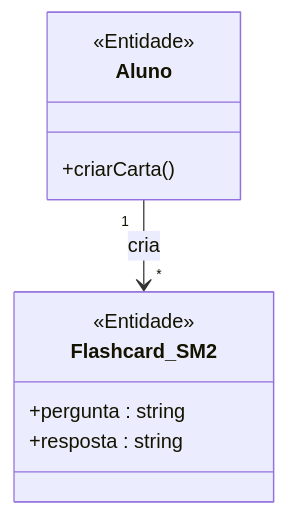
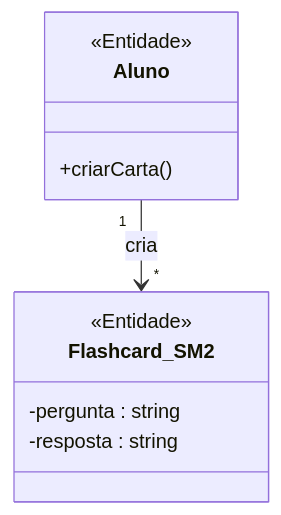
Before and after one commit to MayconDIS/PIM_III-Documentacao_UML: the first of 2 diagrams in 02_Modelagem_UML_Astah/UC10_Criar_Flashcards/README.md, drawn with Mermaid. The commit also changed other lines of this file and 14 other files, not shown here.

Commit message:
docs(casos-uso): injeta fluxos normais e alternativos nos READMEs e atualiza mermaid

````diff
--- a/02_Modelagem_UML_Astah/UC10_Criar_Flashcards/README.md
+++ b/02_Modelagem_UML_Astah/UC10_Criar_Flashcards/README.md
@@ -51,13 +55,13 @@
 ```mermaid
 classDiagram
     class Aluno {
         <<Entidade>>
         +criarCarta()
     }
     class Flashcard_SM2 {
         <<Entidade>>
-        +pergunta : string
-        +resposta : string
+        -pergunta : string
+        -resposta : string
     }
     Aluno "1" --> "*" Flashcard_SM2 : cria
 ```
````
